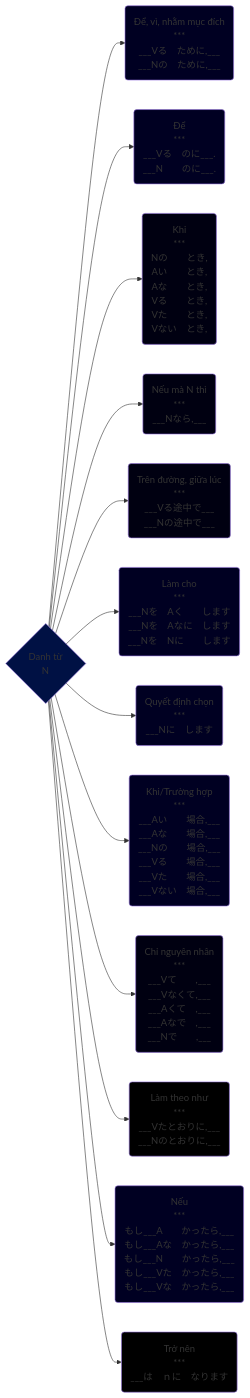
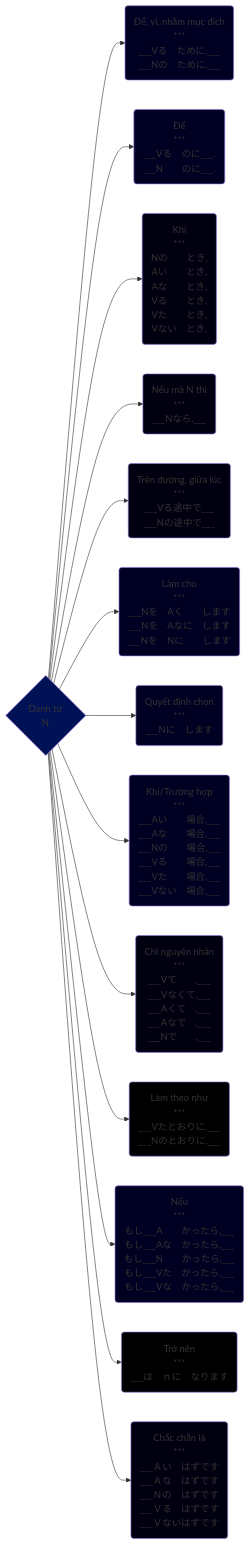
Before and after one commit to tea1504/learn: the diagram in Danh_Tu.md, drawn with Mermaid. The commit also changed 9 other files, not shown here.

````diff
--- a/Danh_Tu.md
+++ b/Danh_Tu.md
@@ -1,31 +1,33 @@
 ```mermaid
 graph LR;
     N{Danh từ\nN}
 
     N-->nhamMucDich(Để, vì, nhằm mục đích\n***\n___Vる　ために,___\n___Nの　ために,___)
     N-->de(Để\n***\n___Vる　のに___.\n___N　　のに___.)
     N-->khi(Khi\n***\nNの　　とき,\nAい　　とき,\nAな　　とき,\nVる　　とき,\nVた　　とき,\nVない　とき,)
     N-->neuMaNThi(Nếu mà N thì\n***\n___Nなら,___)
     N-->trenDuongGiuaLuc(Trên đường, giữa lúc\n***\n___Vる途中で___\n___Nの途中で___)
     N-->lamCho(Làm cho\n***\n___Nを　Aく　　します\n___Nを　Aなに　します\n___Nを　Nに　　します)
     N-->quyetDinhChon(Quyết định chọn\n***\n___Nに　します)
     N-->truongHop(Khi/Trường hợp\n***\n___Aい　　場合,___\n___Aな　　場合,___\n___Nの　　場合,___\n___Vる　　場合,___\n___Vた　　場合,___\n___Vない　場合,___)
     N-->chiNguyenNhan(Chỉ nguyên nhân\n***\n___Vて　　,___\n___Vなくて,___\n___Aくて　,___\n___Aなで　,___\n___Nで　　,___)
     N-->lamTheoNhu(Làm theo như\n***\n___Vたとおりに,___\n___Nのとおりに,___)
     N-->neu(Nếu\n***\nもし___A　　かったら,___\nもし___Aな　かったら,___\nもし___N　　かったら,___\nもし___Vた　かったら,___\nもし___Vな　かったら,___)
     N-->troNen(Trở nên\n***\n___は　ｎに　なります)
+    N-->chacChanLa(Chắc chắn là\n***\n___Ａい　はずです\n___Ａな　はずです\n___Ｎの　はずです\n___Ｖる　はずです\n___Ｖないはずです)
 
-    style N fill:#014
+    style N fill:#015
+    style chacChanLa fill:#001
     style chiNguyenNhan fill:#001
     style de fill:#002
     style khi fill:#001
     style lamCho fill:#002
     style lamTheoNhu fill:#000
     style neu fill:#002
     style neuMaNThi fill:#001
     style nhamMucDich fill:#002
     style quyetDinhChon fill:#002
     style trenDuongGiuaLuc fill:#001
     style troNen fill:#000
     style truongHop fill:#002
 ```
````
